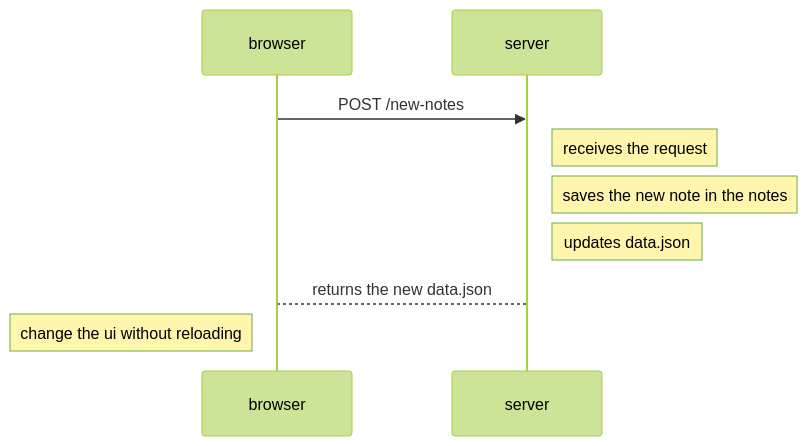
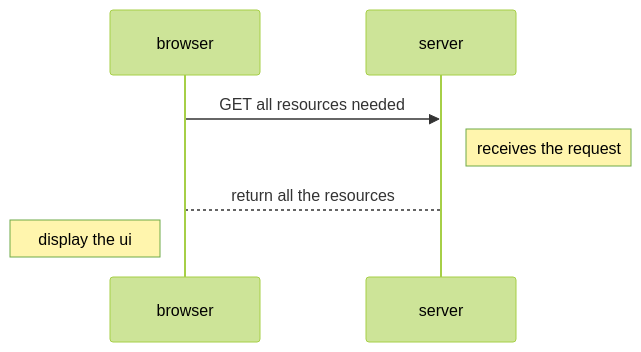
The diagram in part-0/0.5 - Single Page App Diagram/README.md (LeejanAlipio/fullstackopen), drawn with Mermaid (forest theme) before and after one commit.

Commit message:
docs: update sequence diagram to reflect new resource retrieval process

````diff
--- a/part-0/0.5 - Single Page App Diagram/README.md
+++ b/part-0/0.5 - Single Page App Diagram/README.md
@@ -3,9 +3,7 @@
 ```mermaid
 sequenceDiagram
-  browser->>server: POST /new-notes
+  browser->>server: GET all resources needed
   Note right of server: receives the request
-  Note right of server: saves the new note in the notes
-  Note right of server: updates data.json
-  server-->browser: returns the new data.json
-  Note left of browser: change the ui without reloading
+  server-->browser: return all the resources
+  Note left of browser: display the ui
 ```
````
